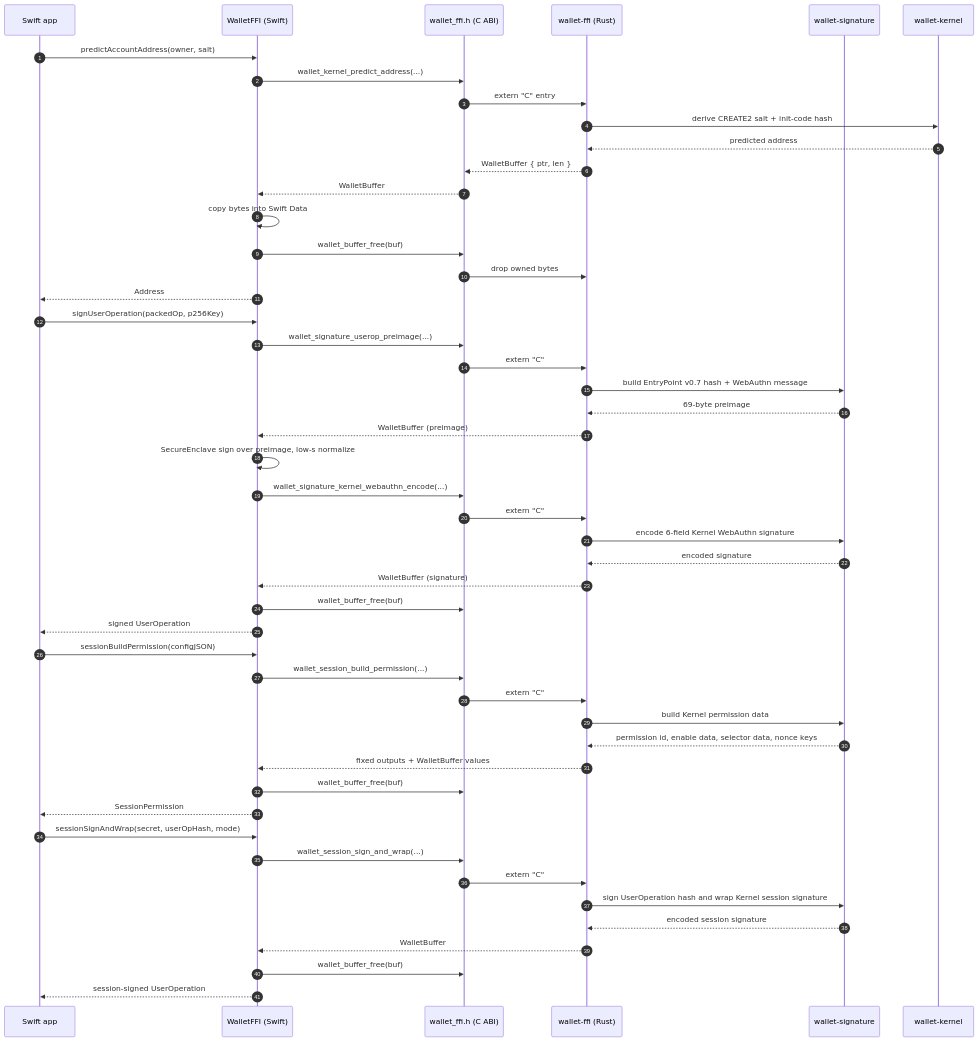
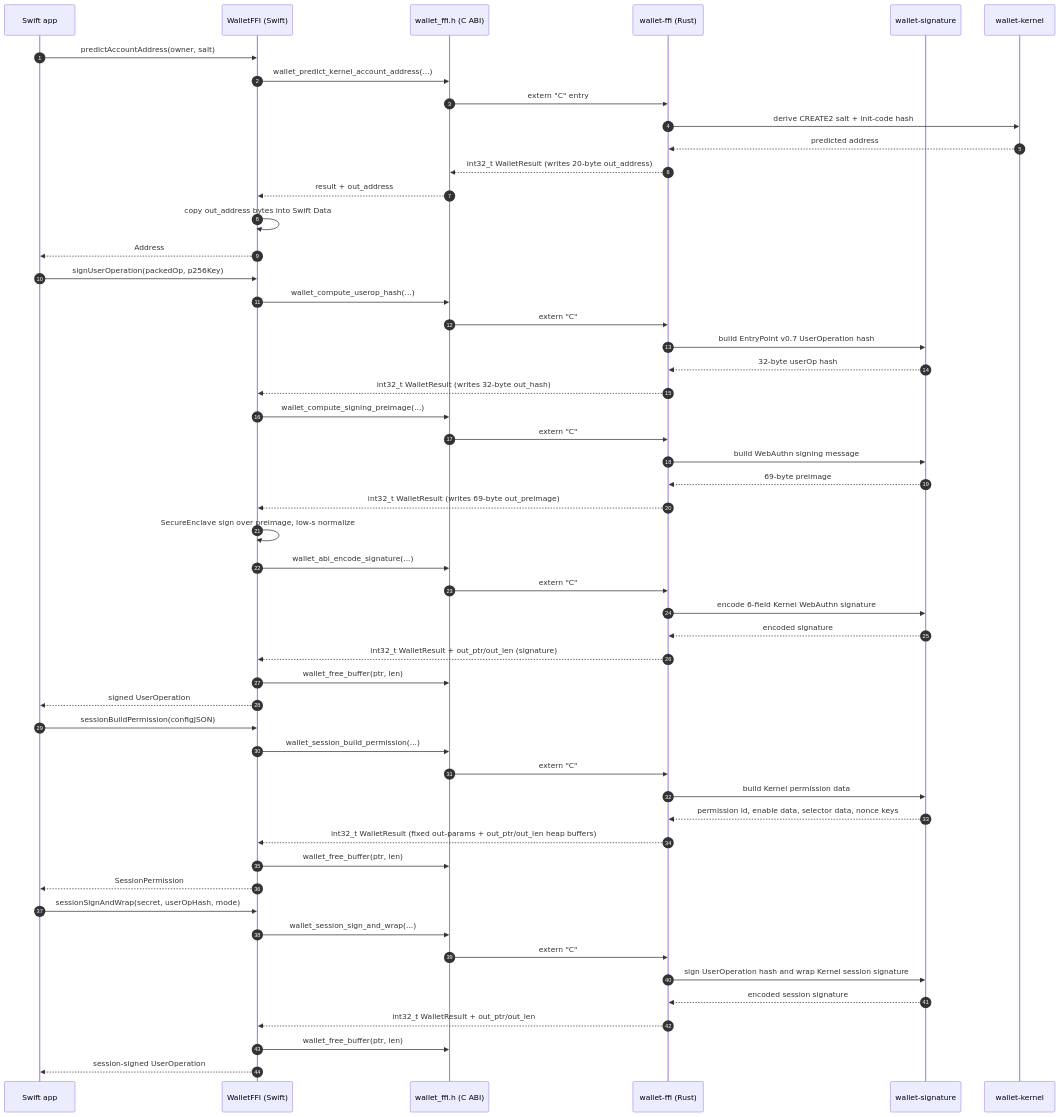
Before and after one commit to Ethereum-dAI/local-wallet-mac: the diagram in swift-bridge/README.md, drawn with Mermaid. The commit also changed 11 other files, not shown here.

First line of the commit message:
docs: correct architecture/security claims across app docs

````diff
--- a/swift-bridge/README.md
+++ b/swift-bridge/README.md
@@ -57,55 +57,58 @@
 ```mermaid
 sequenceDiagram
     autonumber
     participant App as Swift app
     participant Bridge as WalletFFI (Swift)
     participant Hdr as wallet_ffi.h (C ABI)
     participant FFI as wallet-ffi (Rust)
     participant Sig as wallet-signature
     participant Krn as wallet-kernel
 
     App->>Bridge: predictAccountAddress(owner, salt)
-    Bridge->>Hdr: wallet_kernel_predict_address(...)
+    Bridge->>Hdr: wallet_predict_kernel_account_address(...)
     Hdr->>FFI: extern "C" entry
     FFI->>Krn: derive CREATE2 salt + init-code hash
     Krn-->>FFI: predicted address
-    FFI-->>Hdr: WalletBuffer { ptr, len }
-    Hdr-->>Bridge: WalletBuffer
-    Bridge->>Bridge: copy bytes into Swift Data
-    Bridge->>Hdr: wallet_buffer_free(buf)
-    Hdr->>FFI: drop owned bytes
+    FFI-->>Hdr: int32_t WalletResult (writes 20-byte out_address)
+    Hdr-->>Bridge: result + out_address
+    Bridge->>Bridge: copy out_address bytes into Swift Data
     Bridge-->>App: Address
 
     App->>Bridge: signUserOperation(packedOp, p256Key)
-    Bridge->>Hdr: wallet_signature_userop_preimage(...)
+    Bridge->>Hdr: wallet_compute_userop_hash(...)
     Hdr->>FFI: extern "C"
-    FFI->>Sig: build EntryPoint v0.7 hash + WebAuthn message
+    FFI->>Sig: build EntryPoint v0.7 UserOperation hash
+    Sig-->>FFI: 32-byte userOp hash
+    FFI-->>Bridge: int32_t WalletResult (writes 32-byte out_hash)
+    Bridge->>Hdr: wallet_compute_signing_preimage(...)
+    Hdr->>FFI: extern "C"
+    FFI->>Sig: build WebAuthn signing message
     Sig-->>FFI: 69-byte preimage
-    FFI-->>Bridge: WalletBuffer (preimage)
+    FFI-->>Bridge: int32_t WalletResult (writes 69-byte out_preimage)
     Bridge->>Bridge: SecureEnclave sign over preimage, low-s normalize
-    Bridge->>Hdr: wallet_signature_kernel_webauthn_encode(...)
+    Bridge->>Hdr: wallet_abi_encode_signature(...)
     Hdr->>FFI: extern "C"
     FFI->>Sig: encode 6-field Kernel WebAuthn signature
     Sig-->>FFI: encoded signature
-    FFI-->>Bridge: WalletBuffer (signature)
-    Bridge->>Hdr: wallet_buffer_free(buf)
+    FFI-->>Bridge: int32_t WalletResult + out_ptr/out_len (signature)
+    Bridge->>Hdr: wallet_free_buffer(ptr, len)
     Bridge-->>App: signed UserOperation
 
     App->>Bridge: sessionBuildPermission(configJSON)
     Bridge->>Hdr: wallet_session_build_permission(...)
     Hdr->>FFI: extern "C"
     FFI->>Sig: build Kernel permission data
     Sig-->>FFI: permission id, enable data, selector data, nonce keys
-    FFI-->>Bridge: fixed outputs + WalletBuffer values
-    Bridge->>Hdr: wallet_buffer_free(buf)
+    FFI-->>Bridge: int32_t WalletResult (fixed out-params + out_ptr/out_len heap buffers)
+    Bridge->>Hdr: wallet_free_buffer(ptr, len)
     Bridge-->>App: SessionPermission
 
     App->>Bridge: sessionSignAndWrap(secret, userOpHash, mode)
     Bridge->>Hdr: wallet_session_sign_and_wrap(...)
     Hdr->>FFI: extern "C"
     FFI->>Sig: sign UserOperation hash and wrap Kernel session signature
     Sig-->>FFI: encoded session signature
-    FFI-->>Bridge: WalletBuffer
-    Bridge->>Hdr: wallet_buffer_free(buf)
+    FFI-->>Bridge: int32_t WalletResult + out_ptr/out_len
+    Bridge->>Hdr: wallet_free_buffer(ptr, len)
     Bridge-->>App: session-signed UserOperation
 ```
````
